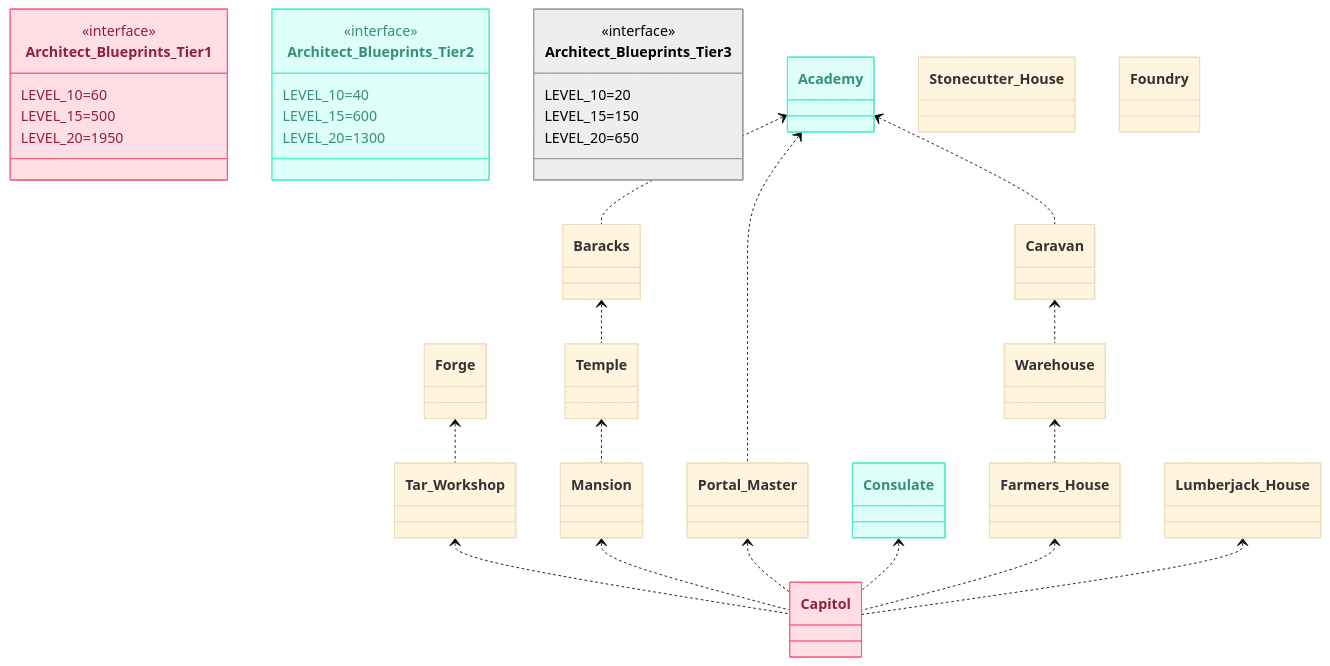
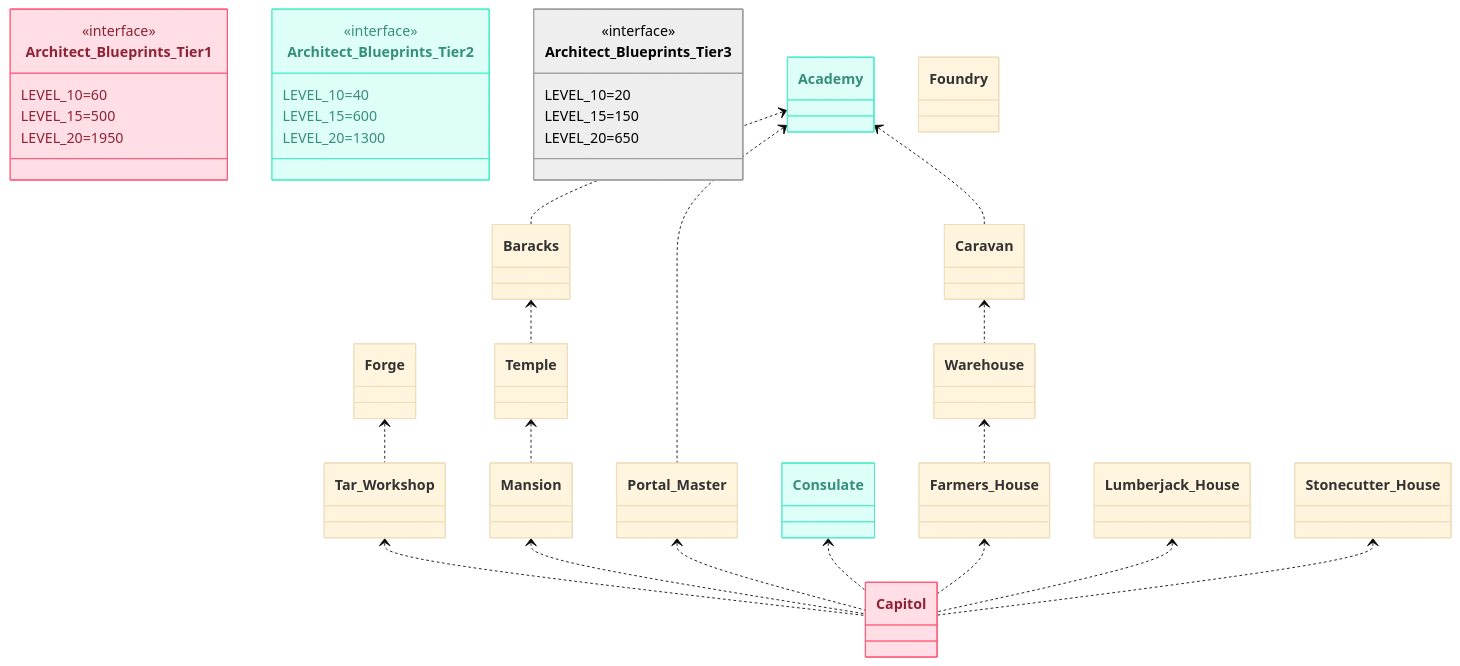
The diagram in Total Battle building upgrades.mermaid (wloche/total_battle), drawn with Mermaid (base theme) before and after one commit.

Commit message:
Update Total Battle building upgrades.mermaid
Add Stonecutter_House <.. Capitol

```diff
--- a/Total Battle building upgrades.mermaid
+++ b/Total Battle building upgrades.mermaid
@@ -1,93 +1,94 @@
 classDiagram
     class Architect_Blueprints_Tier1 {
 	    LEVEL_10=60
 	    LEVEL_15=500
 	    LEVEL_20=1950
     }
 
     class Architect_Blueprints_Tier2 {
 	    LEVEL_10=40
 	    LEVEL_15=600
 	    LEVEL_20=1300
     }
 
     class Architect_Blueprints_Tier3 {
 	    LEVEL_10=20
 	    LEVEL_15=150
 	    LEVEL_20=650
     }
 
     class Academy {
     }
 
     class Baracks {
     }
 
     class Caravan {
     }
 
     class Warehouse {
     }
 
     class Farmers_House {
     }
 
     class Temple {
     }
 
     class Mansion {
     }
 
     class Tar_Workshop {
     }
 
     class Portal_Master {
     }
 
     class Consulate {
     }
 
     class Forge {
     }
 
     class Lumberjack_House {
     }
 
     class Stonecutter_House {
     }
 
     class Foundry {
     }
 
     class Capitol {
     }
 
 	<<interface>> Architect_Blueprints_Tier1
 	<<interface>> Architect_Blueprints_Tier2
 	<<interface>> Architect_Blueprints_Tier3
 
     Academy <.. Baracks
     Academy <.. Caravan
     Academy <..  Portal_Master
     Warehouse <.. Farmers_House
     Baracks <.. Temple
     Temple <.. Mansion
     Caravan <.. Warehouse
     Tar_Workshop <.. Capitol
     Mansion <.. Capitol
     Forge <.. Tar_Workshop
     Portal_Master <.. Capitol
     Consulate <.. Capitol
     Farmers_House <.. Capitol
     Lumberjack_House <.. Capitol
+    Stonecutter_House <.. Capitol
 
 	class Architect_Blueprints_Tier1:::Tier1
 	class Architect_Blueprints_Tier2:::Tier2
 	class Architect_Blueprints_Tier3:::Tier3
 	class Academy:::Tier2
 	class Consulate:::Tier2
 	class Capitol:::Tier1
 
 	classDef Tier1 :, stroke-width:1px, stroke-dasharray:none, stroke:#FF5978, fill:#FFDFE5, color:#8E2236
 	classDef Tier2 :, stroke-width:1px, stroke-dasharray:none, stroke:#46EDC8, fill:#DEFFF8, color:#378E7A
 	classDef Tier3 :,stroke-width:1px, stroke-dasharray:none, stroke:#999999, fill:#EEEEEE, color:#000000
```
